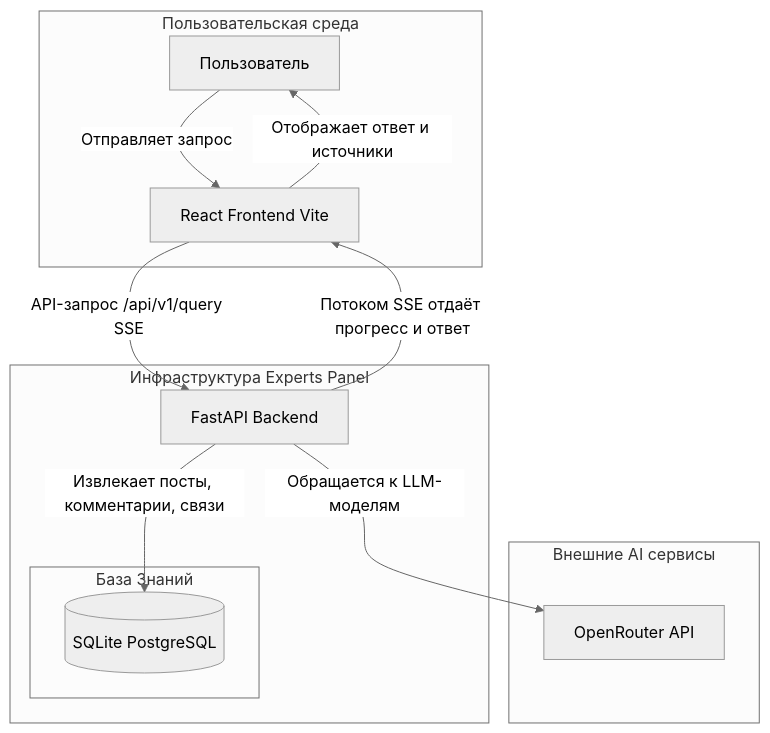
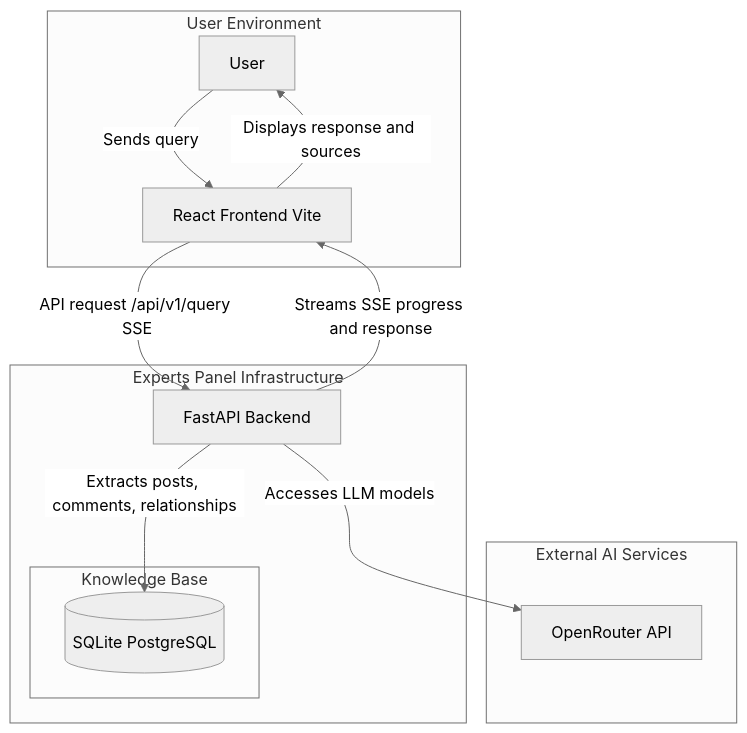
Before and after one commit to shao3d/Experts_panel: the first of 5 diagrams in README.md, drawn with Mermaid (neutral theme). The commit also changed other lines of this file, not shown here.

First line of the commit message:
feat: Translate README and all Mermaid diagrams from Russian to English

````diff
--- a/README.md
+++ b/README.md
@@ -17,25 +17,25 @@
 ```mermaid
 graph TD
-    subgraph "Пользовательская среда"
-        User[Пользователь]
+    subgraph "User Environment"
+        User[User]
         Frontend[React Frontend Vite]
     end
 
-    subgraph "Инфраструктура Experts Panel"
+    subgraph "Experts Panel Infrastructure"
         Backend[FastAPI Backend]
-        subgraph "База Знаний"
+        subgraph "Knowledge Base"
             DB[(SQLite PostgreSQL)]
         end
     end
 
-    subgraph "Внешние AI сервисы"
+    subgraph "External AI Services"
         LLM_API[OpenRouter API]
     end
 
-    User -- "Отправляет запрос" --> Frontend
-    Frontend -- "API-запрос /api/v1/query SSE" --> Backend
-    Backend -- "Обращается к LLM-моделям" --> LLM_API
-    Backend -- "Извлекает посты, комментарии, связи" --> DB
-    Backend -- "Потоком SSE отдаёт прогресс и ответ" --> Frontend
-    Frontend -- "Отображает ответ и источники" --> User
+    User -- "Sends query" --> Frontend
+    Frontend -- "API request /api/v1/query SSE" --> Backend
+    Backend -- "Accesses LLM models" --> LLM_API
+    Backend -- "Extracts posts, comments, relationships" --> DB
+    Backend -- "Streams SSE progress and response" --> Frontend
+    Frontend -- "Displays response and sources" --> User
 ```
````
